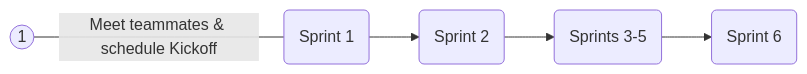
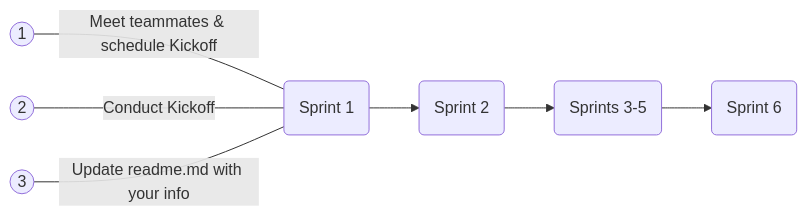
One commit to chingu-voyages/Handbook changed the second of 2 diagrams in docs/guides/voyage/voyage.md. Above: the diagram before and after it, drawn with Mermaid.

Commit message:
Feature: Add new Voyage Process diagram

````diff
--- a/docs/guides/voyage/voyage.md
+++ b/docs/guides/voyage/voyage.md
@@ -243,13 +243,17 @@
 ```mermaid
 graph LR
   SPRINT1("Sprint 1")
   SPRINT2("Sprint 2")
   SPRINT1-->SPRINT2
   SPRINT35("Sprints 3-5")
   SPRINT2-->SPRINT35
   SPRINT6("Sprint 6")
   SPRINT35-->SPRINT6
 
-  ONE(("1"))
-  ONE-- Meet teammates & schedule Kickoff ---SPRINT1
+  STEP1(("1"))
+  STEP1-- Meet teammates & schedule Kickoff ---SPRINT1
+  STEP2(("2"))
+  STEP2-- Conduct Kickoff ---SPRINT1
+  STEP3(("3"))
+  STEP3-- Update readme.md with your info ---SPRINT1
 ```
````
